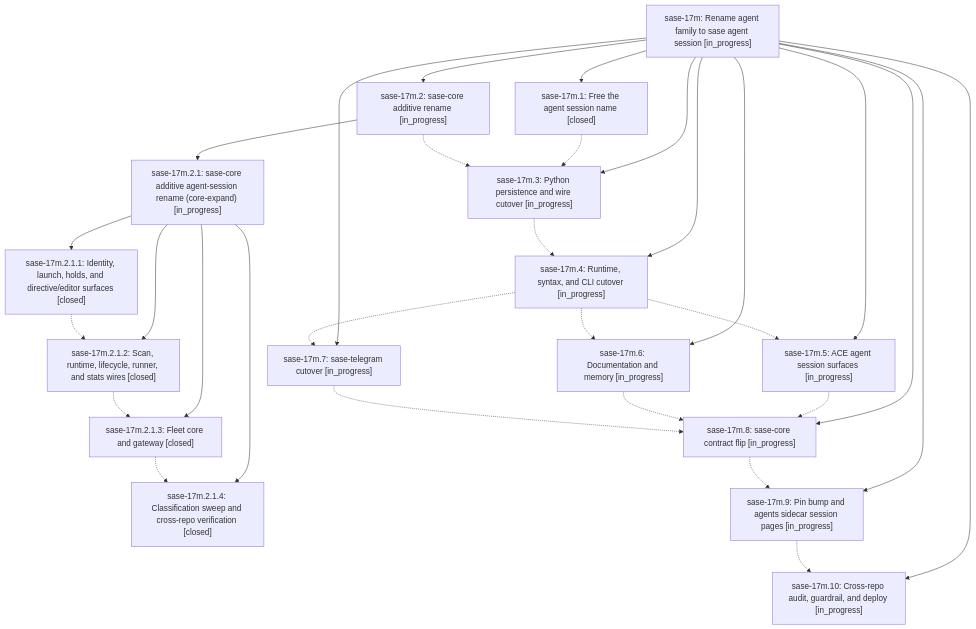
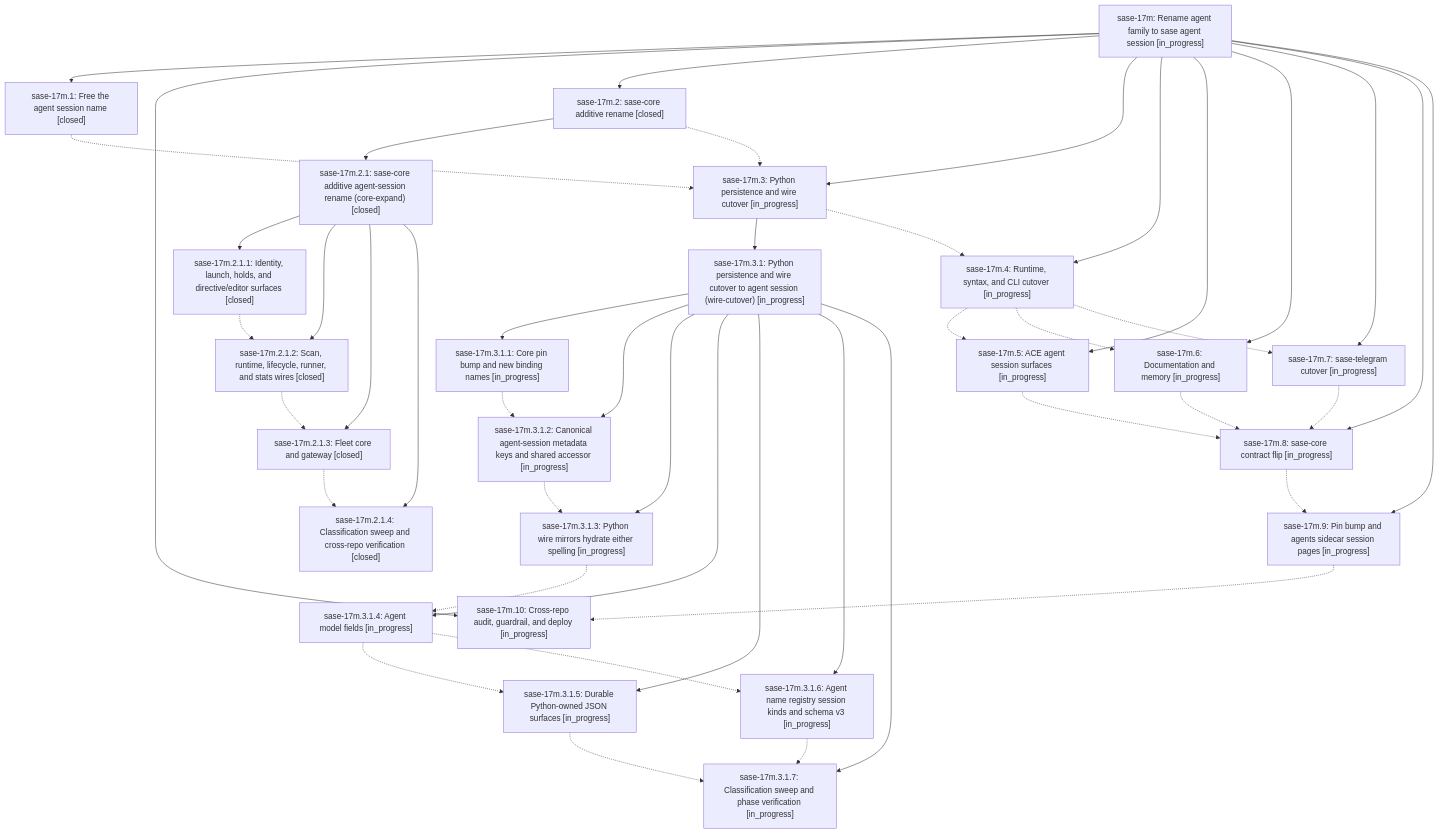
One commit to sase-org/sase--beads changed the diagram in pages/sase-17m/README.md. Above: the diagram before and after it, drawn with Mermaid. The commit also changed other lines of this file and 13 other files, not shown here.

First line of the commit message:
chore(beads): sync bead state and pages for sase-17m

````diff
--- a/pages/sase-17m/README.md
+++ b/pages/sase-17m/README.md
@@ -31,48 +31,71 @@
 ```mermaid
 flowchart TD
     n0["sase-17m: Rename agent family to sase agent session [in_progress]"]
     n1["sase-17m.1: Free the agent session name [closed]"]
     n2["sase-17m.10: Cross-repo audit, guardrail, and deploy [in_progress]"]
-    n3["sase-17m.2: sase-core additive rename [in_progress]"]
-    n4["sase-17m.2.1: sase-core additive agent-session rename (core-expand) [in_progress]"]
+    n3["sase-17m.2: sase-core additive rename [closed]"]
+    n4["sase-17m.2.1: sase-core additive agent-session rename (core-expand) [closed]"]
     n5["sase-17m.2.1.1: Identity, launch, holds, and directive/editor surfaces [closed]"]
     n6["sase-17m.2.1.2: Scan, runtime, lifecycle, runner, and stats wires [closed]"]
     n7["sase-17m.2.1.3: Fleet core and gateway [closed]"]
     n8["sase-17m.2.1.4: Classification sweep and cross-repo verification [closed]"]
     n9["sase-17m.3: Python persistence and wire cutover [in_progress]"]
-    n10["sase-17m.4: Runtime, syntax, and CLI cutover [in_progress]"]
-    n11["sase-17m.5: ACE agent session surfaces [in_progress]"]
-    n12["sase-17m.6: Documentation and memory [in_progress]"]
-    n13["sase-17m.7: sase-telegram cutover [in_progress]"]
-    n14["sase-17m.8: sase-core contract flip [in_progress]"]
-    n15["sase-17m.9: Pin bump and agents sidecar session pages [in_progress]"]
+    n10["sase-17m.3.1: Python persistence and wire cutover to agent session (wire-cutover) [in_progress]"]
+    n11["sase-17m.3.1.1: Core pin bump and new binding names [in_progress]"]
+    n12["sase-17m.3.1.2: Canonical agent-session metadata keys and shared accessor [in_progress]"]
+    n13["sase-17m.3.1.3: Python wire mirrors hydrate either spelling [in_progress]"]
+    n14["sase-17m.3.1.4: Agent model fields [in_progress]"]
+    n15["sase-17m.3.1.5: Durable Python-owned JSON surfaces [in_progress]"]
+    n16["sase-17m.3.1.6: Agent name registry session kinds and schema v3 [in_progress]"]
+    n17["sase-17m.3.1.7: Classification sweep and phase verification [in_progress]"]
+    n18["sase-17m.4: Runtime, syntax, and CLI cutover [in_progress]"]
+    n19["sase-17m.5: ACE agent session surfaces [in_progress]"]
+    n20["sase-17m.6: Documentation and memory [in_progress]"]
+    n21["sase-17m.7: sase-telegram cutover [in_progress]"]
+    n22["sase-17m.8: sase-core contract flip [in_progress]"]
+    n23["sase-17m.9: Pin bump and agents sidecar session pages [in_progress]"]
     n0 --> n1
     n0 --> n2
     n0 --> n3
     n3 --> n4
     n4 --> n5
     n4 --> n6
     n4 --> n7
     n4 --> n8
     n0 --> n9
-    n0 --> n10
-    n0 --> n11
-    n0 --> n12
-    n0 --> n13
-    n0 --> n14
-    n0 --> n15
+    n9 --> n10
+    n10 --> n11
+    n10 --> n12
+    n10 --> n13
+    n10 --> n14
+    n10 --> n15
+    n10 --> n16
+    n10 --> n17
+    n0 --> n18
+    n0 --> n19
+    n0 --> n20
+    n0 --> n21
+    n0 --> n22
+    n0 --> n23
     n1 -.-> n9
     n3 -.-> n9
     n5 -.-> n6
     n6 -.-> n7
     n7 -.-> n8
-    n9 -.-> n10
-    n10 -.-> n11
-    n10 -.-> n12
-    n10 -.-> n13
-    n11 -.-> n14
-    n12 -.-> n14
+    n9 -.-> n18
+    n11 -.-> n12
+    n12 -.-> n13
     n13 -.-> n14
     n14 -.-> n15
-    n15 -.-> n2
+    n14 -.-> n16
+    n15 -.-> n17
+    n16 -.-> n17
+    n18 -.-> n19
+    n18 -.-> n20
+    n18 -.-> n21
+    n19 -.-> n22
+    n20 -.-> n22
+    n21 -.-> n22
+    n22 -.-> n23
+    n23 -.-> n2
 ```
````
